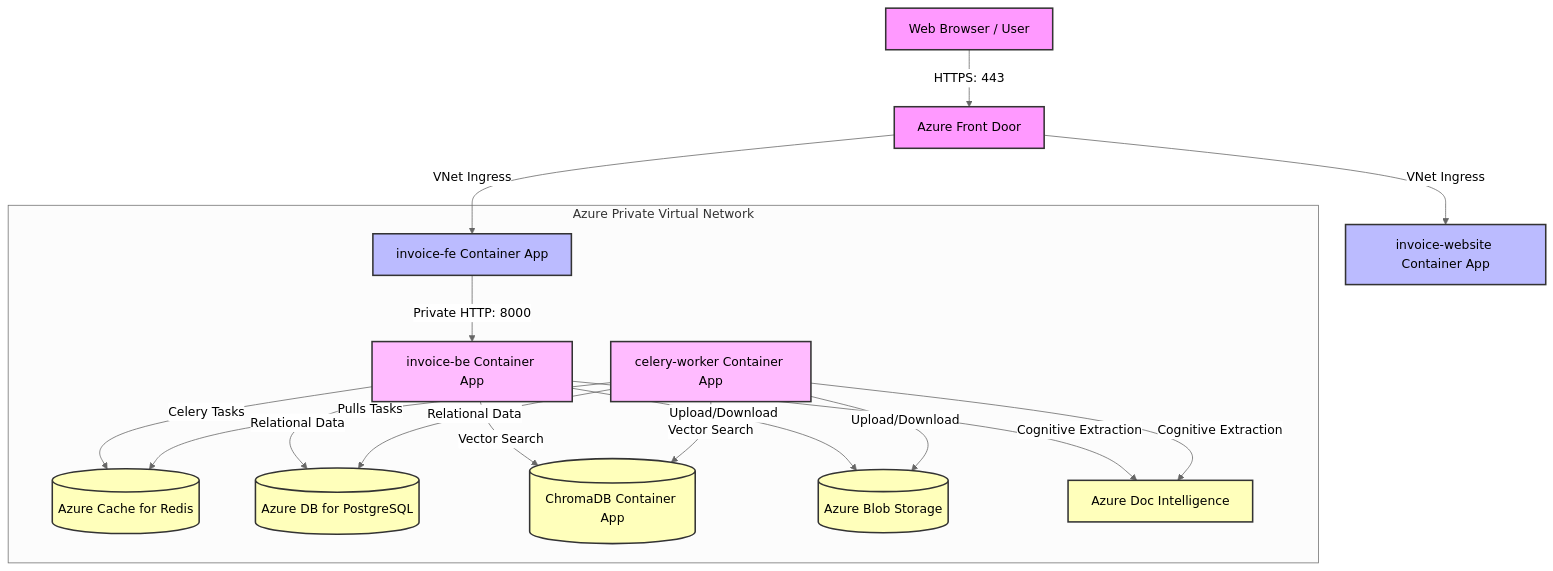
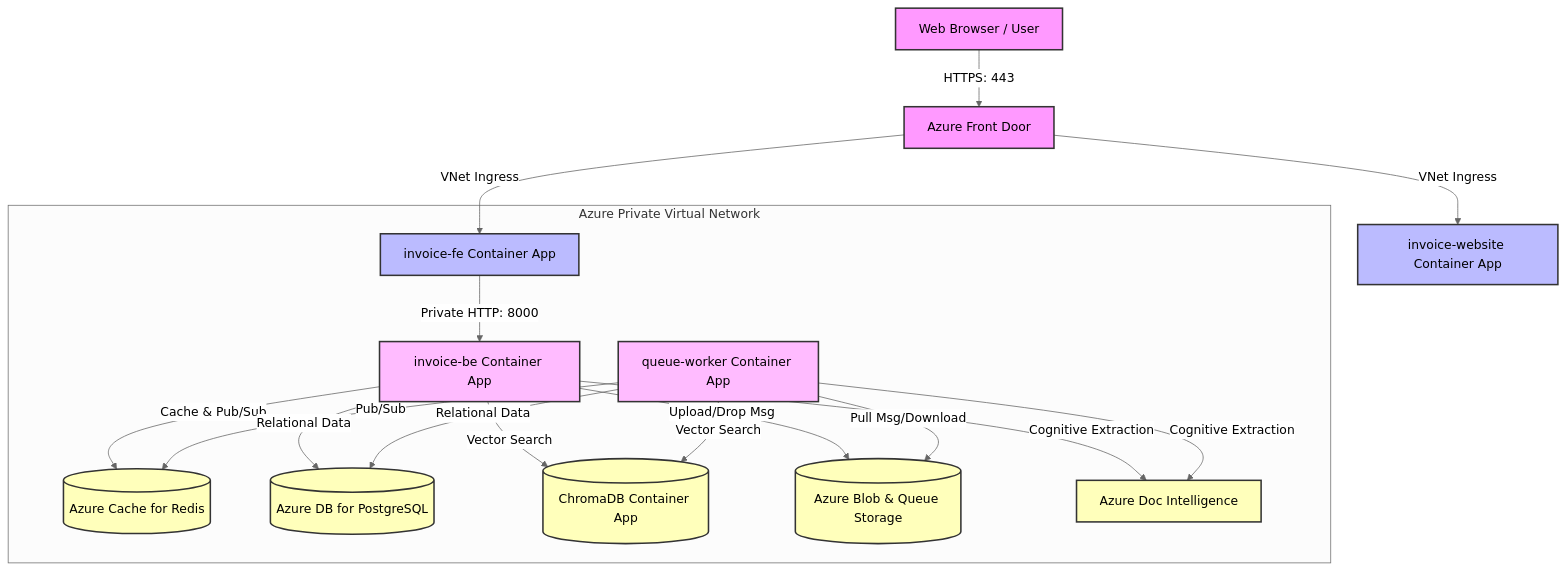
Before and after one commit to InvoiceLLM/invoiceeq-platform: the diagram in Prod_Invoice_LLM/Cloud_Architecture_Document.md, drawn with Mermaid (neutral theme). The commit also changed other lines of this file and 31 other files, not shown here.

Commit message:
Replace Celery with Azure Storage Queues and update bicep infra

````diff
--- a/Prod_Invoice_LLM/Cloud_Architecture_Document.md
+++ b/Prod_Invoice_LLM/Cloud_Architecture_Document.md
@@ -505,35 +505,35 @@
 ```mermaid
 graph TD
     Client[Web Browser / User] -->|HTTPS: 443| FD[Azure Front Door]
     FD -->|VNet Ingress| FE[invoice-fe Container App]
     FD -->|VNet Ingress| WEB[invoice-website Container App]
     
     subgraph Private VNet [Azure Private Virtual Network]
         FE -->|Private HTTP: 8000| BE[invoice-be Container App]
         
-        BE -->|Celery Tasks| Redis[(Azure Cache for Redis)]
-        Worker[celery-worker Container App] -->|Pulls Tasks| Redis
+        BE -->|Cache & Pub/Sub| Redis[(Azure Cache for Redis)]
+        Worker[queue-worker Container App] -->|Pub/Sub| Redis
         
         BE -->|Relational Data| Postgres[(Azure DB for PostgreSQL)]
         Worker -->|Relational Data| Postgres
         
         BE -->|Vector Search| Chroma[(ChromaDB Container App)]
         Worker -->|Vector Search| Chroma
         
-        BE -->|Upload/Download| Storage[(Azure Blob Storage)]
-        Worker -->|Upload/Download| Storage
+        BE -->|Upload/Drop Msg| Storage[(Azure Blob & Queue Storage)]
+        Worker -->|Pull Msg/Download| Storage
         
         BE -->|Cognitive Extraction| OCR[Azure Doc Intelligence]
         Worker -->|Cognitive Extraction| OCR
     end
 
     classDef external fill:#f9f,stroke:#333,stroke-width:2px;
     classDef publicApp fill:#bbf,stroke:#333,stroke-width:2px;
     classDef privateApp fill:#fbf,stroke:#333,stroke-width:2px;
     classDef data fill:#ffb,stroke:#333,stroke-width:2px;
     
     class Client,FD external;
     class FE,WEB publicApp;
     class BE,Worker privateApp;
     class Redis,Postgres,Chroma,Storage,OCR data;
 ```
````
